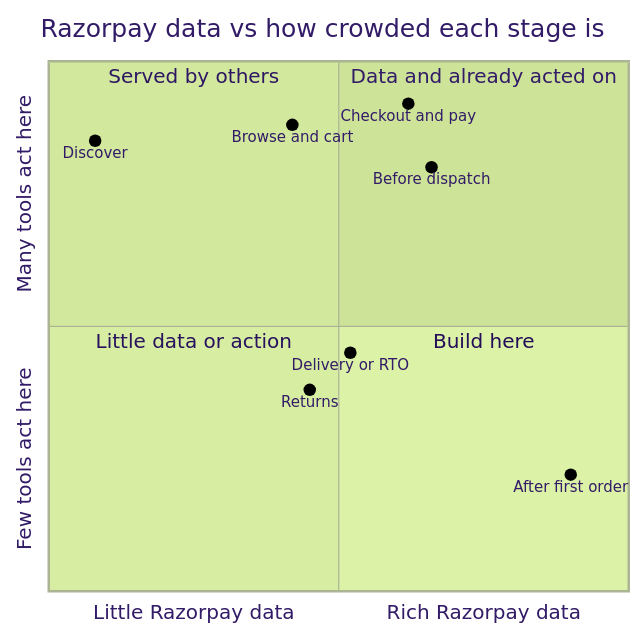
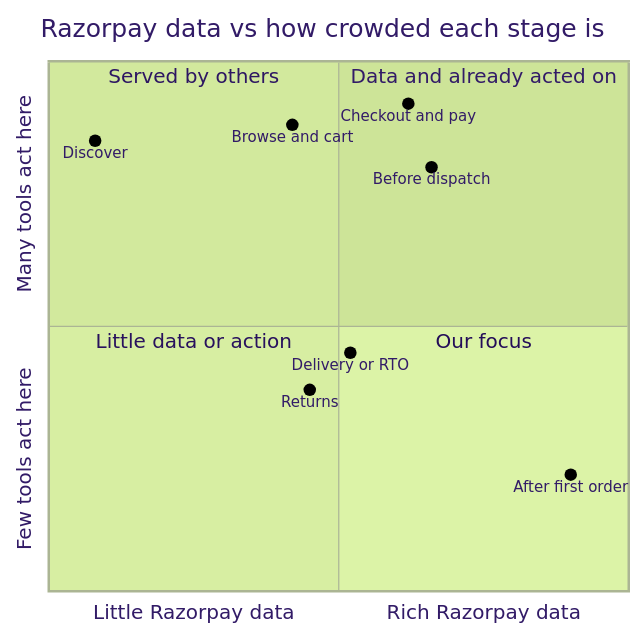
Before and after one commit to akshatj28/razorpay-retention-agent: the second of 3 diagrams in docs/RESEARCH.md, drawn with Mermaid (forest theme). The commit also changed other lines of this file and 1 other file, not shown here.

````diff
--- a/docs/RESEARCH.md
+++ b/docs/RESEARCH.md
@@ -59,17 +63,17 @@
 ```mermaid
 quadrantChart
     title Razorpay data vs how crowded each stage is
     x-axis Little Razorpay data --> Rich Razorpay data
     y-axis Few tools act here --> Many tools act here
     quadrant-1 Data and already acted on
     quadrant-2 Served by others
     quadrant-3 Little data or action
-    quadrant-4 Build here
+    quadrant-4 Our focus
     Discover: [0.08, 0.85]
     Browse and cart: [0.42, 0.88]
     Checkout and pay: [0.62, 0.92]
     Before dispatch: [0.66, 0.8]
     Delivery or RTO: [0.52, 0.45]
     Returns: [0.45, 0.38]
     After first order: [0.9, 0.22]
 ```
````
